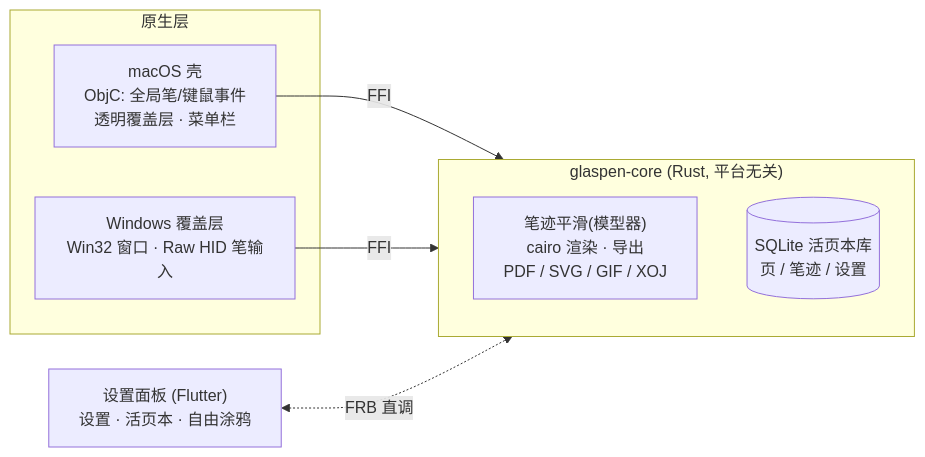
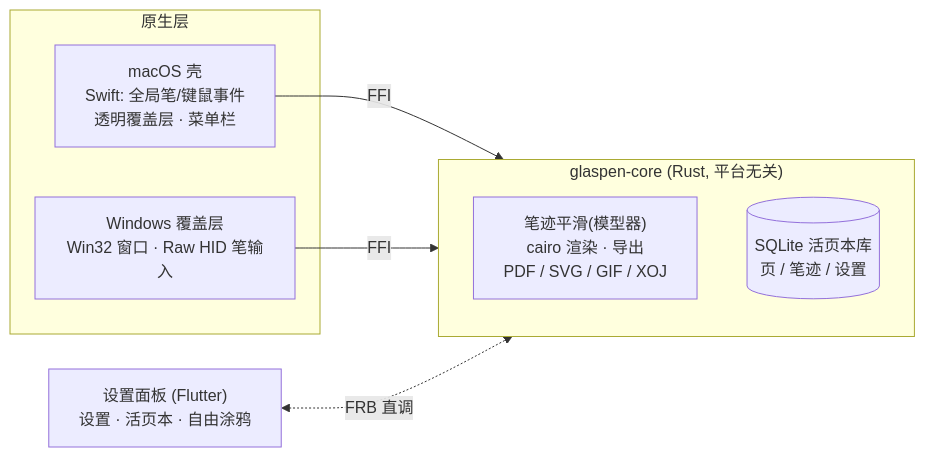
Before and after one commit to liuluopeng/glaspen2: the diagram in README.md, drawn with Mermaid. The commit also changed other lines of this file and 11 other files, not shown here.

````diff
--- a/README.md
+++ b/README.md
@@ -66,23 +66,23 @@
 ```mermaid
 flowchart LR
     subgraph native["原生层"]
         MAC["macOS 壳
-ObjC: 全局笔/键鼠事件
+Swift: 全局笔/键鼠事件
 透明覆盖层 · 菜单栏"]
         WIN["Windows 覆盖层
 Win32 窗口 · Raw HID 笔输入"]
     end
     subgraph core["glaspen-core (Rust, 平台无关)"]
         ENGINE["笔迹平滑(模型器)
 cairo 渲染 · 导出
 PDF / SVG / GIF / XOJ"]
         DB[("SQLite 活页本库
 页 / 笔迹 / 设置")]
     end
     PANEL["设置面板 (Flutter)
 设置 · 活页本 · 自由涂鸦"]
 
     MAC -- "FFI" --> core
     WIN -- "FFI" --> core
     PANEL <-. "FRB 直调" .-> core
 ```
````
